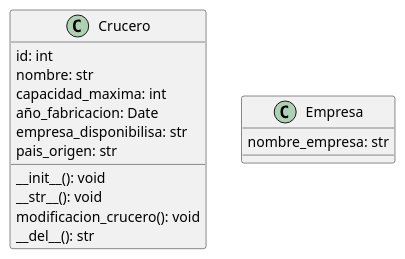
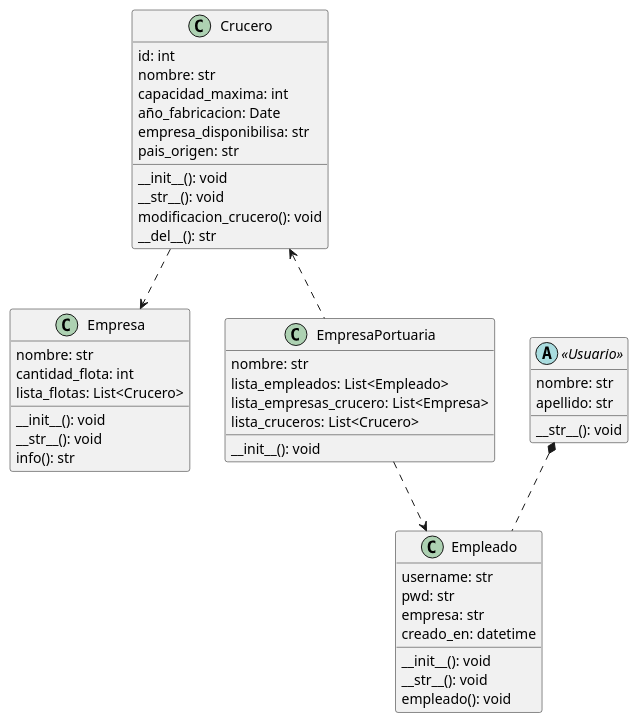
Before and after one commit to mrGoonies/poo-entregable-2: the diagram in diagrama.wsd, drawn with PlantUML.

Commit message:
Implementando diagrama UML del proyecto

```diff
--- a/diagrama.wsd
+++ b/diagrama.wsd
@@ -1,21 +1,58 @@
 @startuml
 class Crucero {
     id: int
     nombre: str
     capacidad_maxima: int
     año_fabricacion: Date
     empresa_disponibilisa: str
     pais_origen: str
 
     __init__(): void
     __str__(): void
     modificacion_crucero(): void
     __del__(): str
 }
 
 class Empresa {
-    nombre_empresa: str
-    
+    nombre: str
+    cantidad_flota: int
+    lista_flotas: List<Crucero>
+
+    __init__(): void
+    __str__(): void
+    info(): str 
 }
 
+abstract class "<<Usuario>>" {
+    nombre: str
+    apellido: str
+
+    __str__(): void
+}
+
+class Empleado {
+    username: str
+    pwd: str
+    empresa: str
+    creado_en: datetime
+
+    __init__(): void
+    __str__(): void
+    empleado(): void
+}
+
+class EmpresaPortuaria {
+    nombre: str
+    lista_empleados: List<Empleado>
+    lista_empresas_crucero: List<Empresa>
+    lista_cruceros: List<Crucero>
+
+    __init__(): void
+}
+
+"<<Usuario>>" *.. Empleado
+Crucero ..> Empresa
+Crucero <.. EmpresaPortuaria
+EmpresaPortuaria ..> Empleado
+
 @enduml
```
